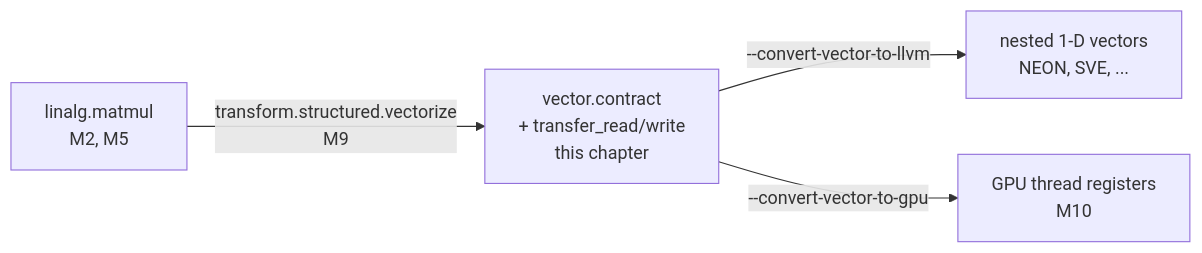
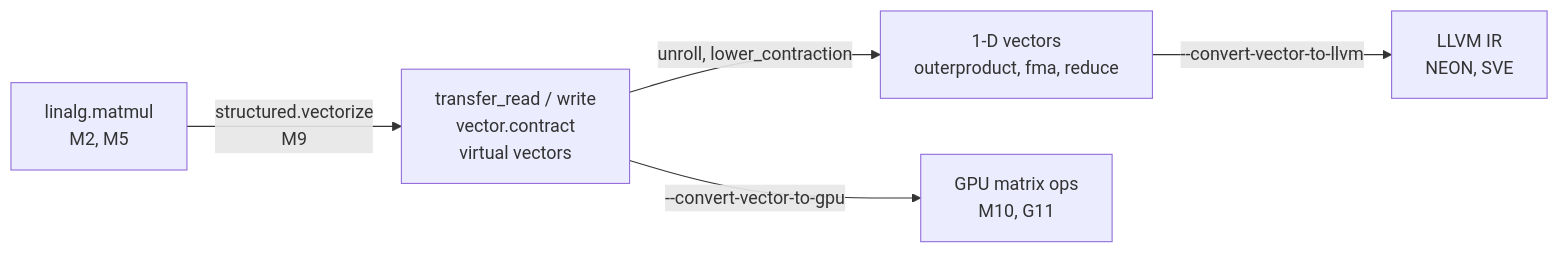
One commit to snp05016/vortex changed the diagram in docs/mlir/m8-vectorization.md. Above: the diagram before and after it, drawn with Mermaid. The commit also changed other lines of this file and 92 other files, not shown here.

````diff
--- a/docs/mlir/m8-vectorization.md
+++ b/docs/mlir/m8-vectorization.md
@@ -147,6 +381,7 @@
 ```mermaid
 flowchart LR
-    A["linalg.matmul<br/>M2, M5"] -->|"transform.structured.vectorize<br/>M9"| B["vector.contract<br/>+ transfer_read/write<br/>this chapter"]
-    B -->|"--convert-vector-to-llvm"| C["nested 1-D vectors<br/>NEON, SVE, ..."]
-    B -->|"--convert-vector-to-gpu"| D["GPU thread registers<br/>M10"]
+    A["linalg.matmul<br/>M2, M5"] -->|"structured.vectorize<br/>M9"| B["transfer_read / write<br/>vector.contract<br/>virtual vectors"]
+    B -->|"unroll, lower_contraction"| C["1-D vectors<br/>outerproduct, fma, reduce"]
+    C -->|"--convert-vector-to-llvm"| D["LLVM IR<br/>NEON, SVE"]
+    B -->|"--convert-vector-to-gpu"| E["GPU matrix ops<br/>M10, G11"]
 ```
````
